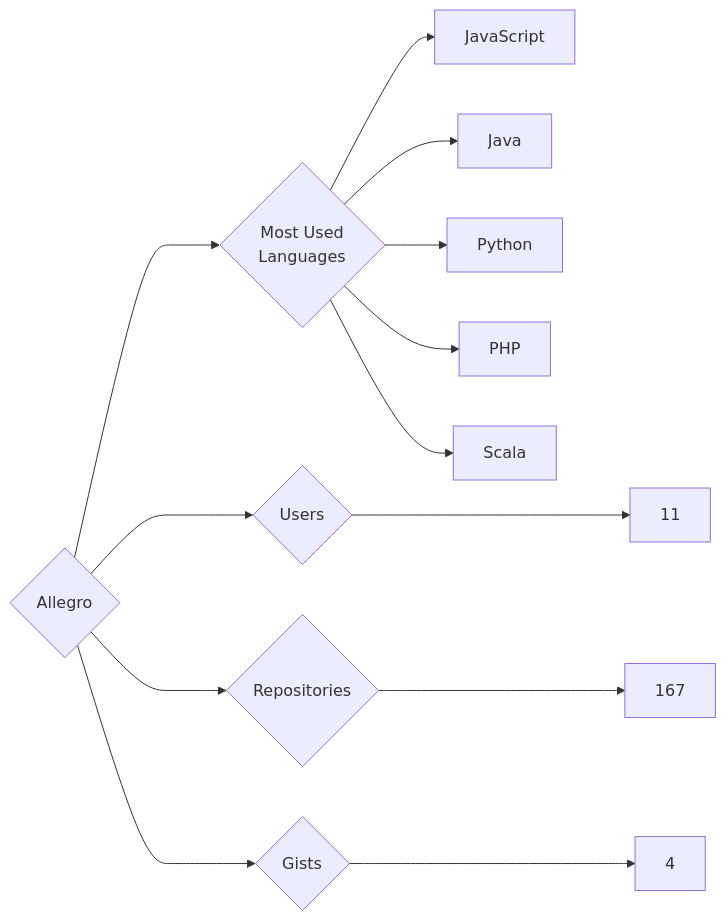
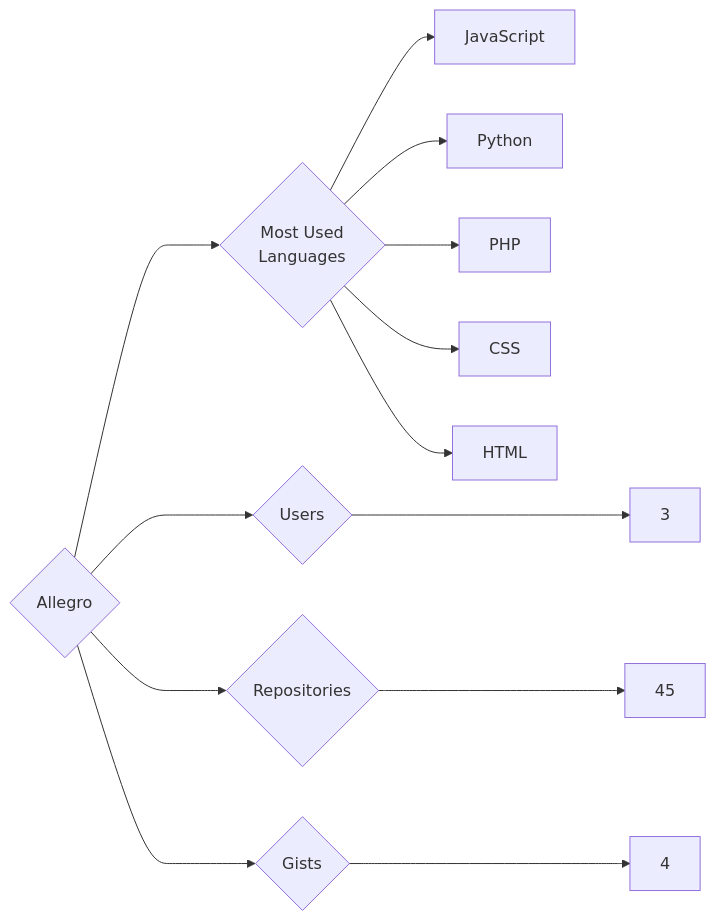
The diagram in targets/Allegro/README.md (trickest/insiders), drawn with Mermaid before and after one commit. The commit also changed 934 other files, not shown here.

````diff
--- a/targets/Allegro/README.md
+++ b/targets/Allegro/README.md
@@ -3,13 +3,13 @@
 ```mermaid
 graph LR
 COMPANY_NAME{Allegro}
-COMPANY_NAME ---> U{Users} ---> UN[11]
-COMPANY_NAME ---> R{Repositories} ---> RN[167]
+COMPANY_NAME ---> U{Users} ---> UN[3]
+COMPANY_NAME ---> R{Repositories} ---> RN[45]
 COMPANY_NAME ---> G{Gists} ---> GN[4]
 COMPANY_NAME ---> ML{Most Used<br>Languages}
 ML --> JavaScript[JavaScript]
-ML --> Java[Java]
 ML --> Python[Python]
 ML --> PHP[PHP]
-ML --> Scala[Scala]
+ML --> CSS[CSS]
+ML --> HTML[HTML]
 ```
````
